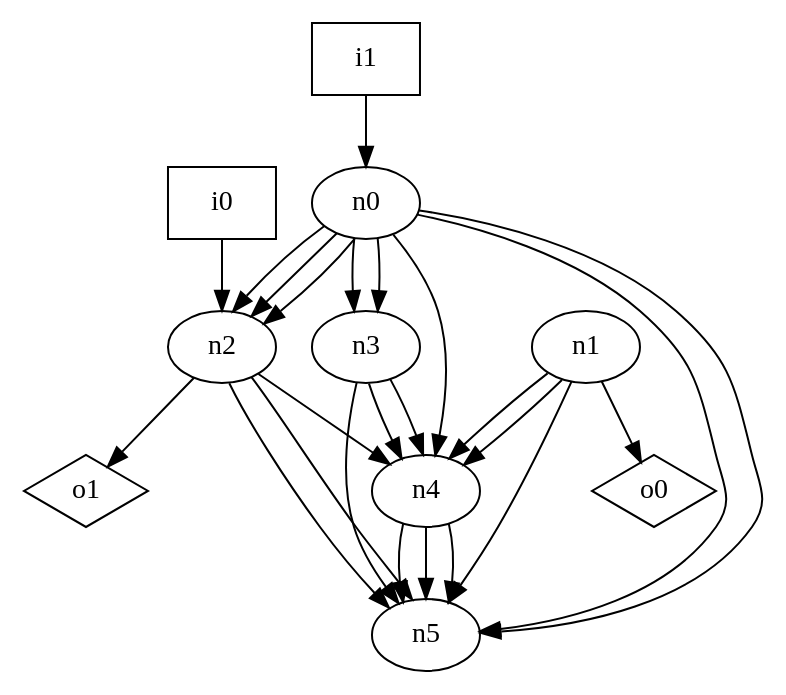
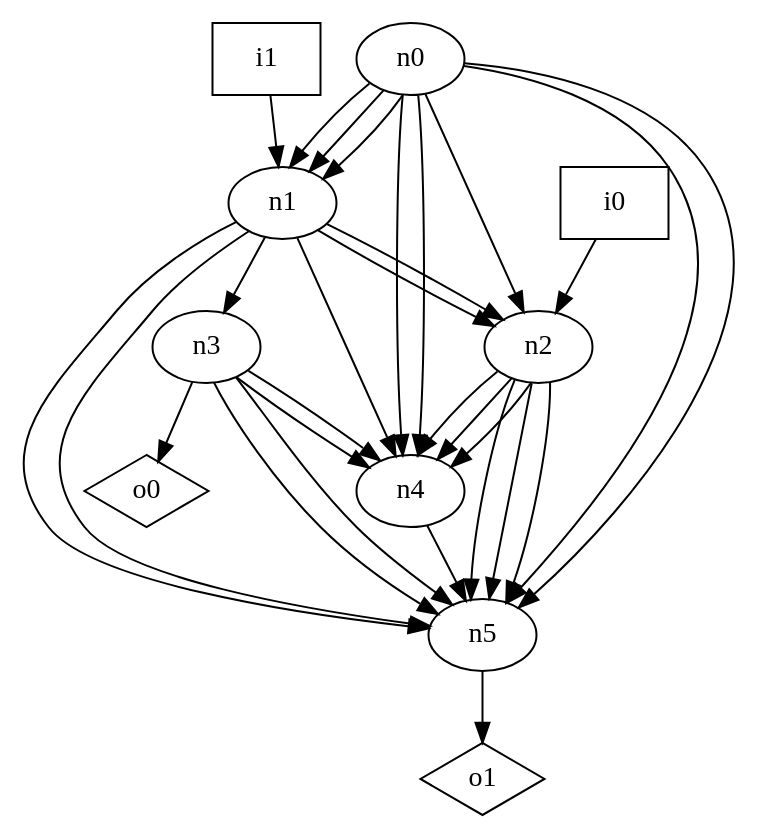
Before and after one commit to p9romain/bool-circuits: the diagram in dot_files/random_graph/DAG_loop_free_graph.dot, drawn with Graphviz. The commit also changed 149 other files, not shown here.

```diff
--- a/dot_files/random_graph/DAG_loop_free_graph.dot
+++ b/dot_files/random_graph/DAG_loop_free_graph.dot
@@ -1,36 +1,41 @@
 digraph G {
 n0 [label="n0"];
 n1 [label="n1"];
 n2 [label="n2"];
 n3 [label="n3"];
 n4 [label="n4"];
 n5 [label="n5"];
 n6 [label="i0",shape="box"];
 n7 [label="i1",shape="box"];
 n8 [label="o0",shape="diamond"];
 n9 [label="o1",shape="diamond"];
+n0 -> n1
+n0 -> n1
+n0 -> n1
 n0 -> n2
-n0 -> n2
-n0 -> n2
-n0 -> n3
-n0 -> n3
+n0 -> n4
 n0 -> n4
 n0 -> n5
 n0 -> n5
-n1 -> n4
+n1 -> n2
+n1 -> n2
+n1 -> n3
 n1 -> n4
 n1 -> n5
-n1 -> n8
+n1 -> n5
+n2 -> n4
+n2 -> n4
 n2 -> n4
 n2 -> n5
 n2 -> n5
-n2 -> n9
+n2 -> n5
 n3 -> n4
 n3 -> n4
 n3 -> n5
+n3 -> n5
+n3 -> n8
 n4 -> n5
-n4 -> n5
-n4 -> n5
+n5 -> n9
 n6 -> n2
-n7 -> n0
+n7 -> n1
 }
```
